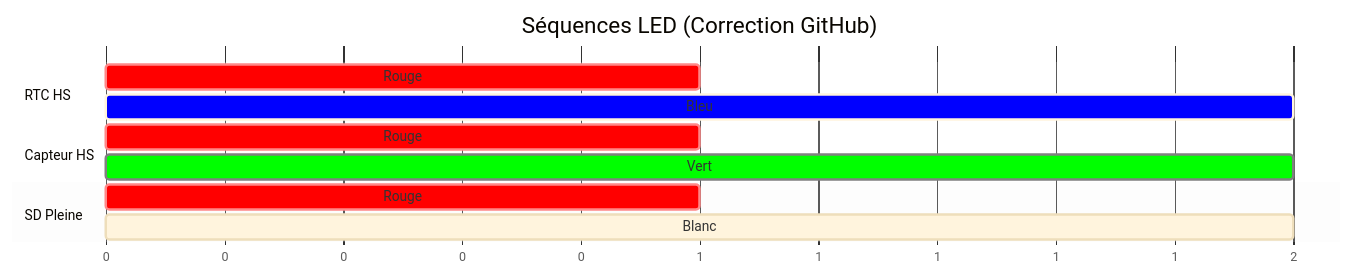
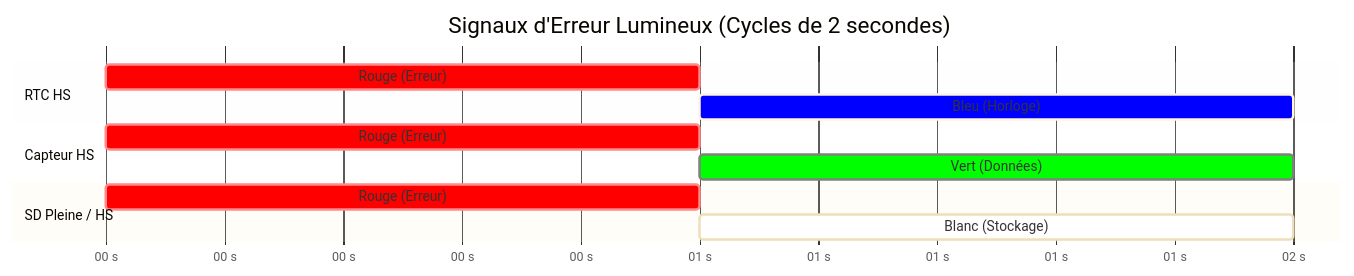
One commit to elmatador778/Worldwide-Weather-Watcher changed the third of 3 diagrams in README.md. Above: the diagram before and after it, drawn with Mermaid. The commit also changed other lines of this file, not shown here.

````diff
--- a/README.md
+++ b/README.md
@@ -118,25 +135,24 @@
 ```mermaid
 gantt
     %%{init: { 'theme': 'base', 'themeVariables': {
         'critBkgColor': '#ff0000',
+        'doneTaskBkgColor': '#00ff00',
         'activeTaskBkgColor': '#0000ff',
-        'doneTaskBkgColor': '#00ff00',
-        'sectionBkgColor': '#ffffff',
-        'sectionBkgColor2': '#f4f4f4'
+        'taskBkgColor': '#ffffff'
     }}}%%
-    title Séquences LED (Correction GitHub)
-    dateFormat X
-    axisFormat %s
+    title Signaux d'Erreur Lumineux (Cycles de 2 secondes)
+    dateFormat  ss
+    axisFormat  %S s
 
     section RTC HS
-    Rouge :crit, 0, 1
-    Bleu  :active, 1, 2
+    Rouge (Erreur)      :crit, 00, 01
+    Bleu (Horloge)      :active, 01, 02
 
     section Capteur HS
-    Rouge :crit, 0, 1
-    Vert  :done, 1, 2
+    Rouge (Erreur)      :crit, 00, 01
+    Vert (Données)      :done, 01, 02
 
-    section SD Pleine
-    Rouge :crit, 0, 1
-    Blanc : 1, 2
+    section SD Pleine / HS
+    Rouge (Erreur)      :crit, 00, 01
+    Blanc (Stockage)    :01, 02
 ```
````
